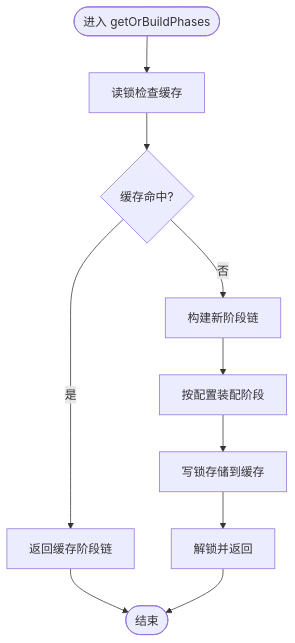
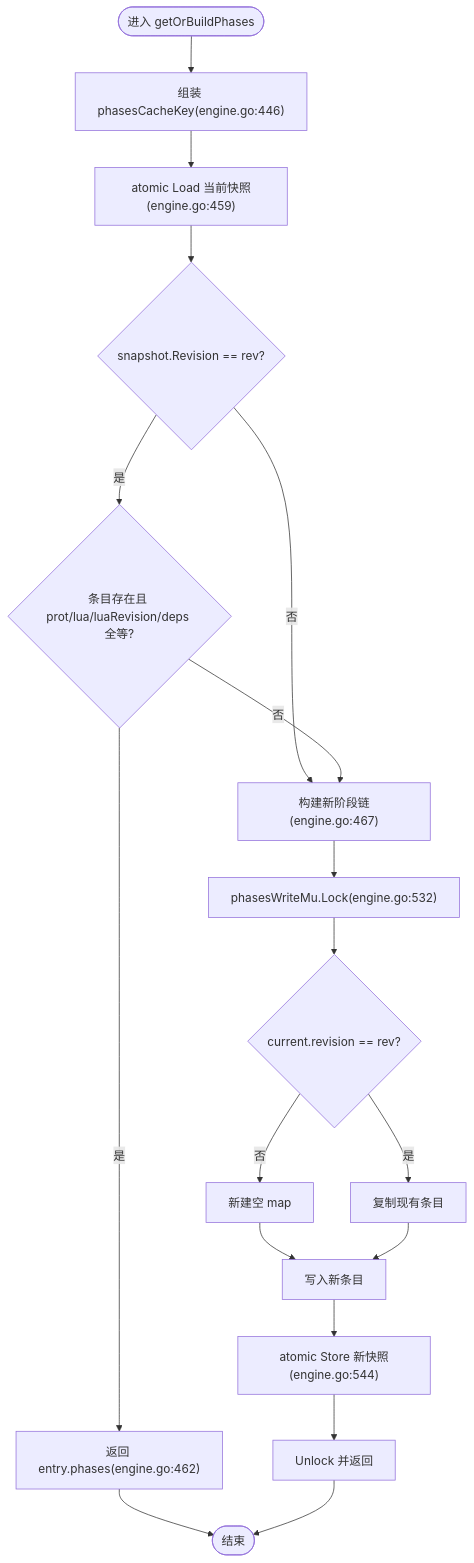
The sixth of 9 diagrams in docs/WAF 引擎系统/引擎核心架构/管道执行机制.md (x01n/My-OpenWaf), drawn with Mermaid before and after one commit. The commit also changed other lines of this file and 622 other files, not shown here.

````diff
--- a/docs/WAF 引擎系统/引擎核心架构/管道执行机制.md
+++ b/docs/WAF 引擎系统/引擎核心架构/管道执行机制.md
@@ -238,12 +370,20 @@
 ```mermaid
 flowchart TD
-Start(["进入 getOrBuildPhases"]) --> Lock["读锁检查缓存"]
-Lock --> Hit{"缓存命中?"}
-Hit --> |是| Return["返回缓存阶段链"]
-Hit --> |否| Build["构建新阶段链"]
-Build --> Assemble["按配置装配阶段"]
-Assemble --> Store["写锁存储到缓存"]
-Store --> Unlock["解锁并返回"]
+Start(["进入 getOrBuildPhases"]) --> Key["组装 phasesCacheKey(engine.go:446)"]
+Key --> Load["atomic Load 当前快照(engine.go:459)"]
+Load --> Rev{"snapshot.Revision == rev?"}
+Rev --> |否| Build["构建新阶段链(engine.go:467)"]
+Rev --> |是| Entry{"条目存在且 prot/lua/luaRevision/deps 全等?"}
+Entry --> |是| Return["返回 entry.phases(engine.go:462)"]
+Entry --> |否| Build
+Build --> WriteMu["phasesWriteMu.Lock(engine.go:532)"]
+WriteMu --> Recheck{"current.revision == rev?"}
+Recheck --> |否| Fresh["新建空 map"]
+Recheck --> |是| Copy["复制现有条目"]
+Fresh --> Put["写入新条目"]
+Copy --> Put
+Put --> StorePtr["atomic Store 新快照(engine.go:544)"]
+StorePtr --> Unlock["Unlock 并返回"]
 Return --> End(["结束"])
 Unlock --> End
 ```
````
